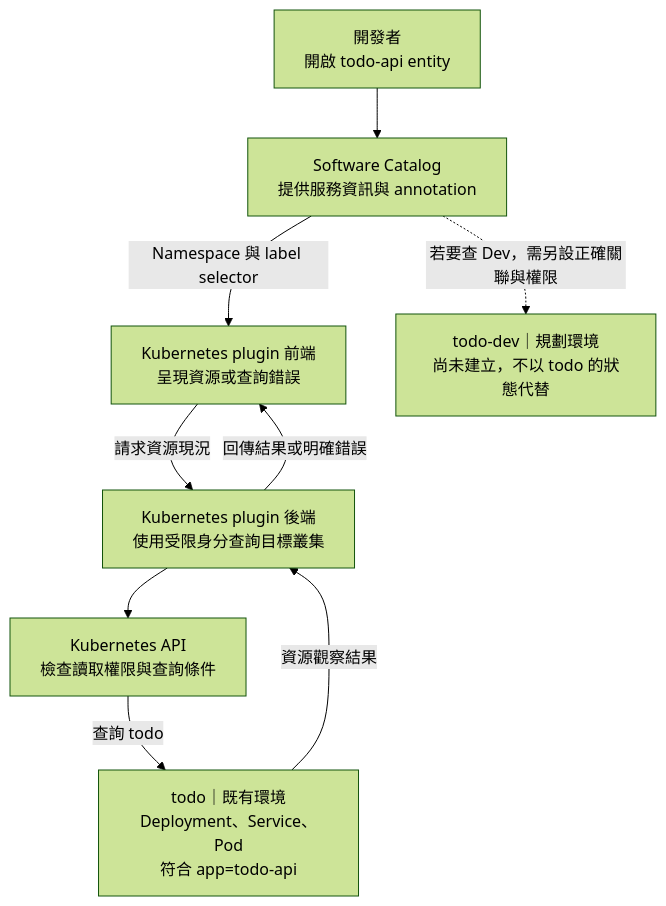
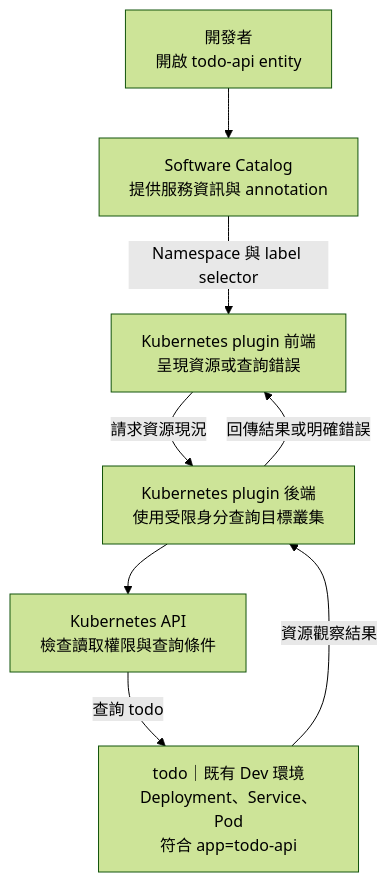
The diagram in doc/zh-tw/D26.md (yrw9281/IT30.Platform.Engineering), drawn with Mermaid (forest theme) before and after one commit. The commit also changed other lines of this file and 12 other files, not shown here.

Commit message:
removed todo-dev ns

````diff
--- a/doc/zh-tw/D26.md
+++ b/doc/zh-tw/D26.md
@@ -31,19 +31,17 @@
 ```mermaid
 flowchart TD
     Developer["開發者<br/>開啟 todo-api entity"]
     Catalog["Software Catalog<br/>提供服務資訊與 annotation"]
     Frontend["Kubernetes plugin 前端<br/>呈現資源或查詢錯誤"]
     Backend["Kubernetes plugin 後端<br/>使用受限身分查詢目標叢集"]
     API["Kubernetes API<br/>檢查讀取權限與查詢條件"]
-    Current["todo｜既有環境<br/>Deployment、Service、Pod<br/>符合 app=todo-api"]
-    Dev["todo-dev｜規劃環境<br/>尚未建立，不以 todo 的狀態代替"]
+    Current["todo｜既有 Dev 環境<br/>Deployment、Service、Pod<br/>符合 app=todo-api"]
 
     Developer --> Catalog
     Catalog -->|"Namespace 與 label selector"| Frontend
     Frontend -->|"請求資源現況"| Backend
     Backend --> API
     API -->|"查詢 todo"| Current
     Current -->|"資源觀察結果"| Backend
     Backend -->|"回傳結果或明確錯誤"| Frontend
-    Catalog -.->|"若要查 Dev，需另設正確關聯與權限"| Dev
 ```
````
